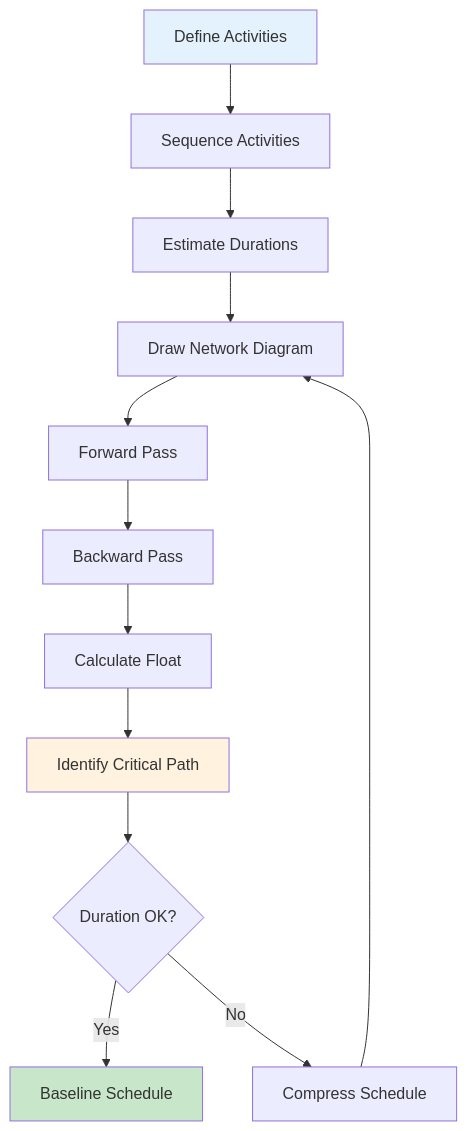
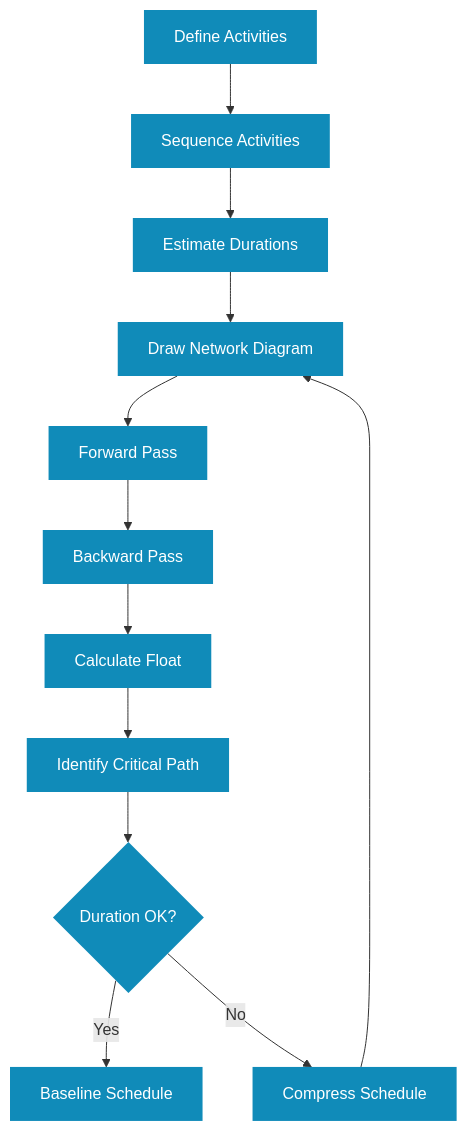
One commit to kevinmcaleer/kevstemplates.com changed the sixth of 7 diagrams in _pages/planning/critical-path.md. Above: the diagram before and after it, drawn with Mermaid. The commit also changed 72 other files, not shown here.

```diff
--- a/_pages/planning/critical-path.md
+++ b/_pages/planning/critical-path.md
@@ -271,18 +271,17 @@
 <div class="mermaid">
 flowchart TD
     A[Define Activities] --> B[Sequence Activities]
     B --> C[Estimate Durations]
     C --> D[Draw Network Diagram]
     D --> E[Forward Pass]
     E --> F[Backward Pass]
     F --> G[Calculate Float]
     G --> H[Identify Critical Path]
     H --> I{Duration OK?}
     I -->|Yes| J[Baseline Schedule]
     I -->|No| K[Compress Schedule]
     K --> D
 
-    style A fill:#e3f2fd
-    style H fill:#fff3e0
-    style J fill:#c8e6c9
+    classDef blue fill:#108BB9,stroke:none,color:#fff
+    class A,B,C,D,E,F,G,H,I,J,K blue
 </div>
```
